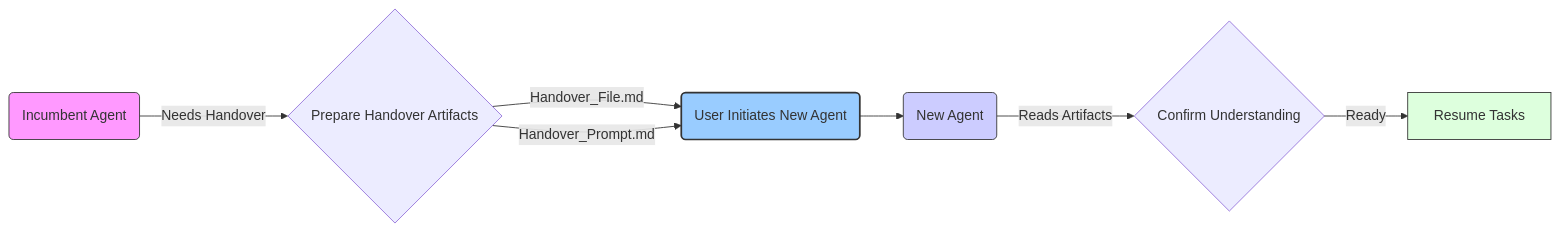
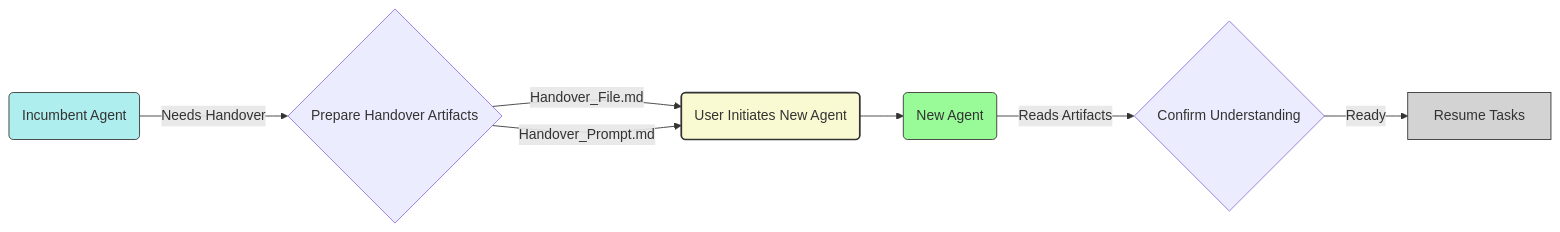
The second of 3 diagrams in docs/01_Workflow_Overview.md (sdi2200262/agentic-project-management), drawn with Mermaid before and after one commit. The commit also changed other lines of this file, not shown here.

Commit message:
fixed colors on graph'

````diff
--- a/docs/01_Workflow_Overview.md
+++ b/docs/01_Workflow_Overview.md
@@ -44,14 +44,14 @@
 ```mermaid
 graph LR
     H_A(Incumbent Agent) -- Needs Handover --> H_B{Prepare Handover Artifacts};
     H_B -- Handover_File.md --> H_C;
     H_B -- Handover_Prompt.md --> H_C;
     H_C(User Initiates New Agent) --> H_D(New Agent);
     H_D -- Reads Artifacts --> H_E{Confirm Understanding};
     H_E -- Ready --> H_F[Resume Tasks];
 
-    style H_A fill:#f9f,stroke:#333,stroke-width:1px;
-    style H_D fill:#ccf,stroke:#333,stroke-width:1px;
-    style H_C fill:#9cf,stroke:#333,stroke-width:2px;
-    style H_F fill:#dfd,stroke:#333,stroke-width:1px;
+    style H_A fill:#AFEEEE,stroke:#333,stroke-width:1px; 
+    style H_D fill:#98FB98,stroke:#333,stroke-width:1px; 
+    style H_C fill:#FAFAD2,stroke:#333,stroke-width:2px; 
+    style H_F fill:#D3D3D3,stroke:#333,stroke-width:1px; 
 ```
````
